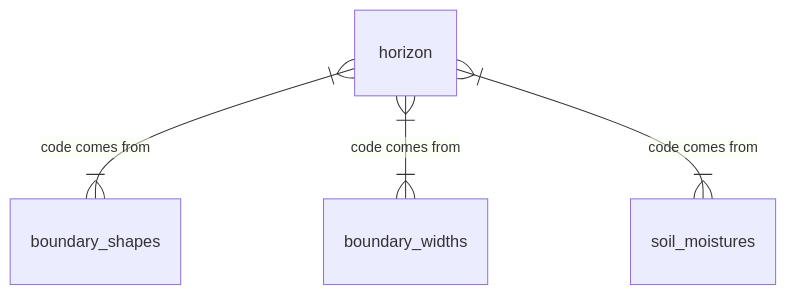
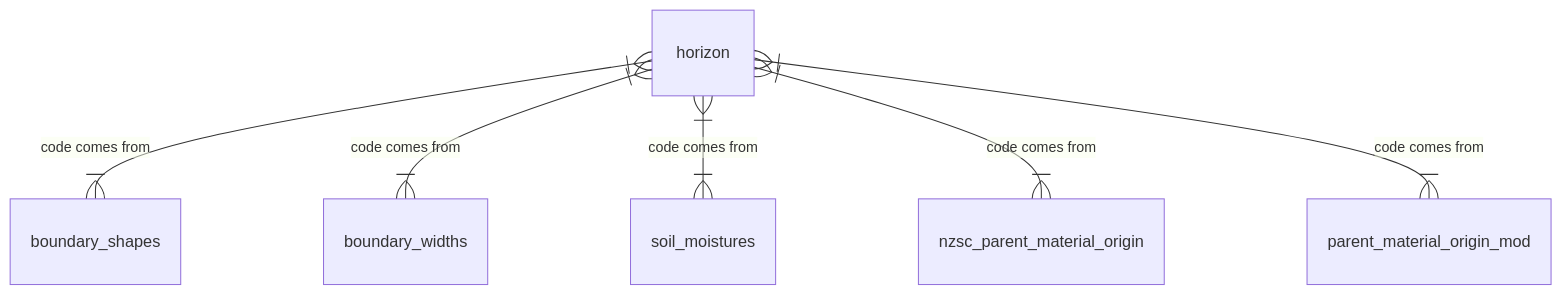
One commit to manaakiwhenua/NZ_soildesc_2024 changed the eighth of 25 diagrams in ap_03_database_design.qmd. Above: the diagram before and after it, drawn with Mermaid. The commit also changed other lines of this file, not shown here.

````diff
--- a/ap_03_database_design.qmd
+++ b/ap_03_database_design.qmd
@@ -652,10 +652,12 @@
 ```{mermaid}
 %%| fig-cap: "Horizon - Overview"
 
 %%{ init: { 'er': { 'layoutDirection': 'LR' } } }%%
 erDiagram
   horizon }|--|{ boundary_shapes : "code comes from"
   horizon }|--|{ boundary_widths : "code comes from"
   horizon }|--|{ soil_moistures : "code comes from"
+  horizon }|--|{ nzsc_parent_material_origin : "code comes from"
+  horizon }|--|{ parent_material_origin_mod : "code comes from"
 
 ```
````
